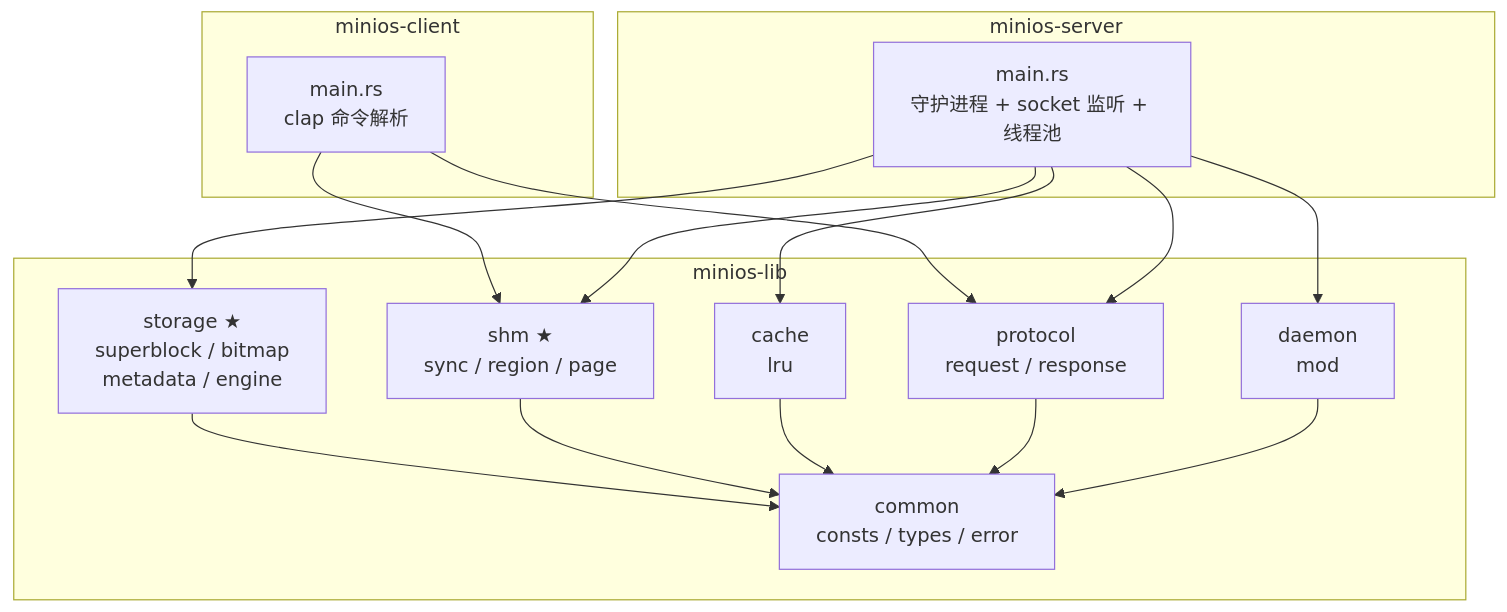
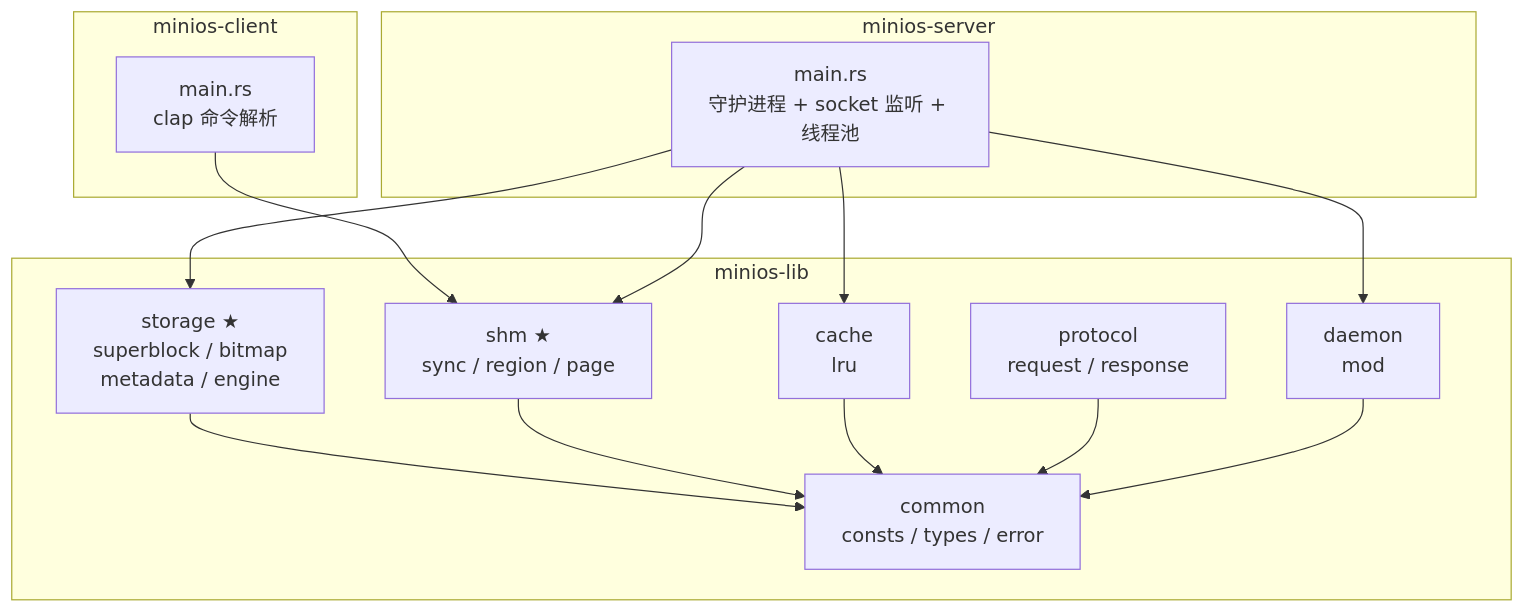
The third of 16 diagrams in design.md (Faye-bit/MiniOS_CUG_SE_OS), drawn with Mermaid before and after one commit. The commit also changed other lines of this file, not shown here.

````diff
--- a/design.md
+++ b/design.md
@@ -97,32 +107,30 @@
 ```mermaid
 graph TD
     subgraph minios-client
         CLI_MAIN["main.rs<br/>clap 命令解析"]
     end
 
     subgraph minios-server
         SRV_MAIN["main.rs<br/>守护进程 + socket 监听 + 线程池"]
     end
 
     subgraph minios-lib
         COMMON["common<br/>consts / types / error"]
         STORAGE["storage ★<br/>superblock / bitmap<br/>metadata / engine"]
         SHM_MOD["shm ★<br/>sync / region / page"]
         CACHE_MOD["cache<br/>lru"]
         PROTOCOL["protocol<br/>request / response"]
         DAEMON["daemon<br/>mod"]
     end
 
     CLI_MAIN --> SHM_MOD
-    CLI_MAIN --> PROTOCOL
     SRV_MAIN --> STORAGE
     SRV_MAIN --> SHM_MOD
     SRV_MAIN --> CACHE_MOD
-    SRV_MAIN --> PROTOCOL
     SRV_MAIN --> DAEMON
     STORAGE --> COMMON
     SHM_MOD --> COMMON
     CACHE_MOD --> COMMON
     PROTOCOL --> COMMON
     DAEMON --> COMMON
 ```
````
